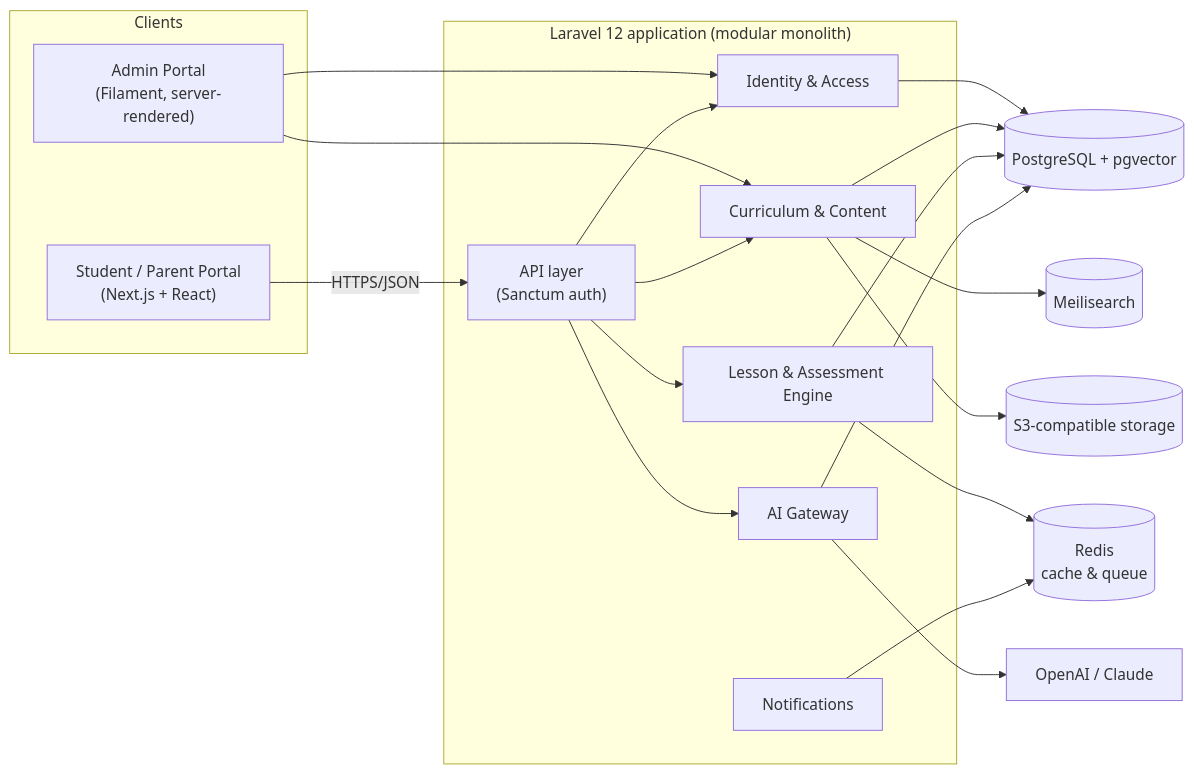
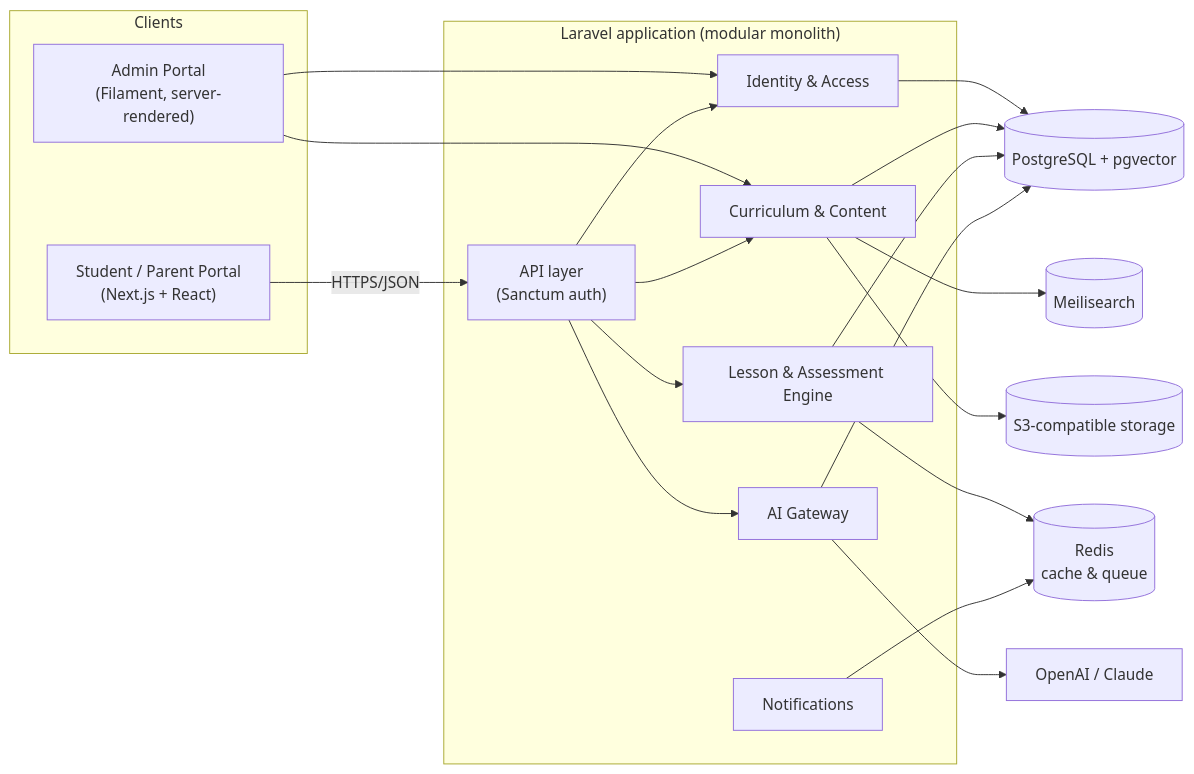
Before and after one commit to madhanrao19/LumoraHQ: the diagram in lumora-docs/docs/07-software-architecture/index.md, drawn with Mermaid. The commit also changed other lines of this file and 6 other files, not shown here.

````diff
--- a/lumora-docs/docs/07-software-architecture/index.md
+++ b/lumora-docs/docs/07-software-architecture/index.md
@@ -23,39 +23,39 @@
 ```mermaid
 flowchart LR
     subgraph Clients
         Student["Student / Parent Portal<br/>(Next.js + React)"]
         Admin["Admin Portal<br/>(Filament, server-rendered)"]
     end
 
-    subgraph Backend["Laravel 12 application (modular monolith)"]
+    subgraph Backend["Laravel application (modular monolith)"]
         API["API layer<br/>(Sanctum auth)"]
         Identity["Identity & Access"]
         Curriculum["Curriculum & Content"]
         Learning["Lesson & Assessment Engine"]
         AIGateway["AI Gateway"]
         Notify["Notifications"]
     end
 
     DB[(PostgreSQL + pgvector)]
     Cache[(Redis<br/>cache & queue)]
     Search[(Meilisearch)]
     Storage[(S3-compatible storage)]
     AIProviders["OpenAI / Claude"]
 
     Student -->|HTTPS/JSON| API
     Admin --> Identity
     Admin --> Curriculum
     API --> Identity
     API --> Curriculum
     API --> Learning
     API --> AIGateway
     AIGateway --> AIProviders
     Identity --> DB
     Curriculum --> DB
     Curriculum --> Search
     Learning --> DB
     Learning --> Cache
     AIGateway --> DB
     Notify --> Cache
     Curriculum --> Storage
 ```
````
